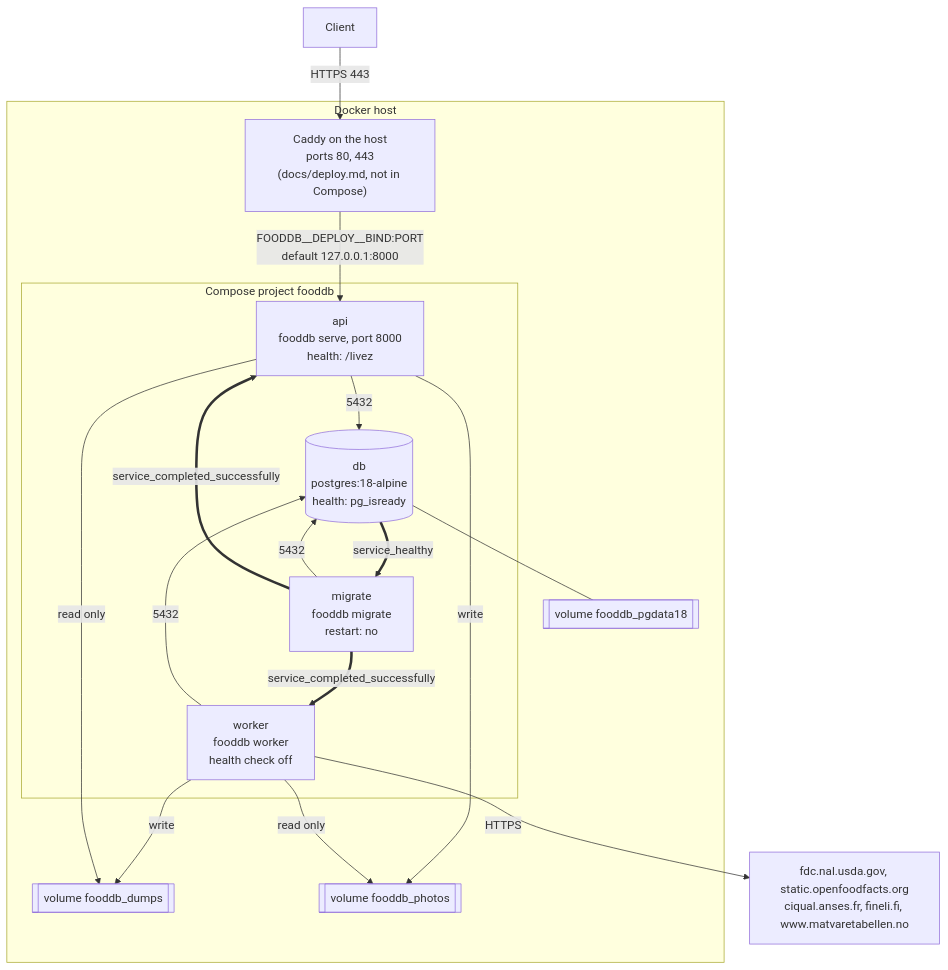
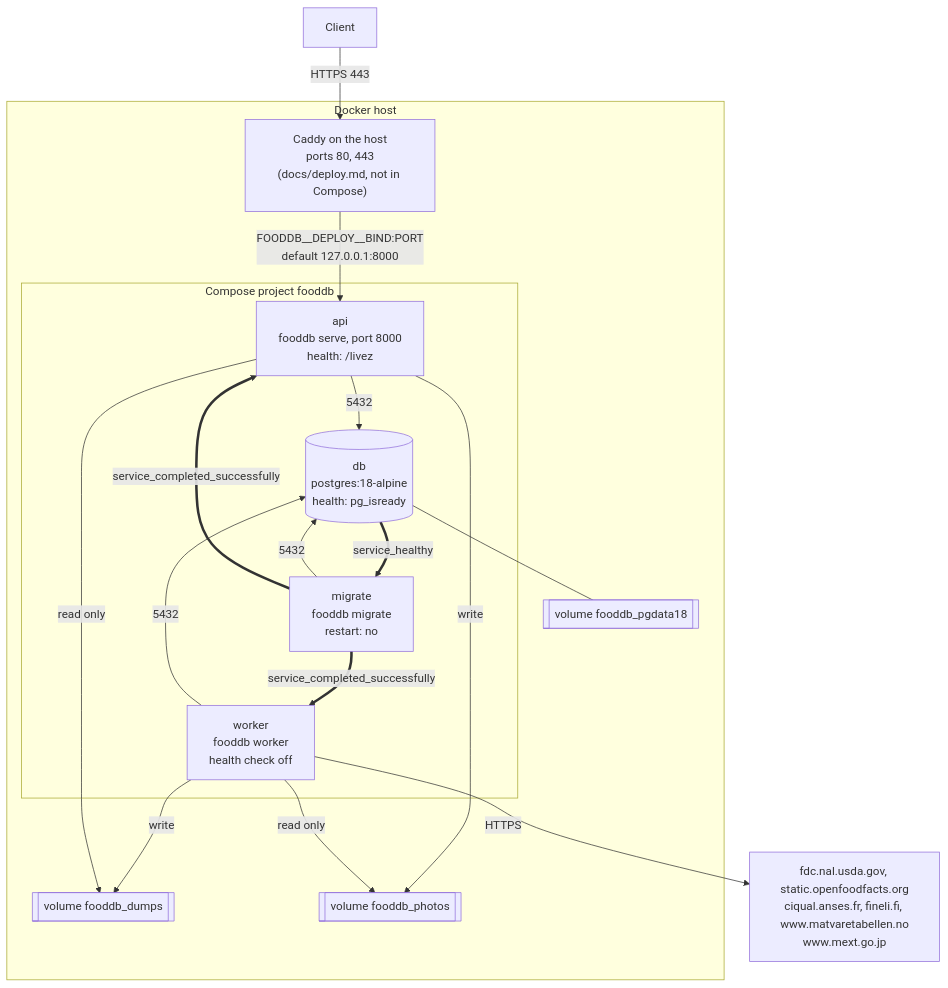
One commit to eait-fit/fooddb changed the second of 19 diagrams in docs/architecture.md. Above: the diagram before and after it, drawn with Mermaid. The commit also changed other lines of this file and 18 other files, not shown here.

````diff
--- a/docs/architecture.md
+++ b/docs/architecture.md
@@ -91,31 +92,31 @@
 ```mermaid
 flowchart TB
     client["Client"]
     subgraph host["Docker host"]
         caddy["Caddy on the host<br/>ports 80, 443<br/>(docs/deploy.md, not in Compose)"]
         subgraph stack["Compose project fooddb"]
             dbc[("db<br/>postgres:18-alpine<br/>health: pg_isready")]
             mig["migrate<br/>fooddb migrate<br/>restart: no"]
             apic["api<br/>fooddb serve, port 8000<br/>health: /livez"]
             wk["worker<br/>fooddb worker<br/>health check off"]
         end
         vol[["volume fooddb_pgdata18"]]
         dvol[["volume fooddb_dumps"]]
         pvol[["volume fooddb_photos"]]
     end
-    up["fdc.nal.usda.gov, static.openfoodfacts.org<br/>ciqual.anses.fr, fineli.fi, www.matvaretabellen.no"]
+    up["fdc.nal.usda.gov, static.openfoodfacts.org<br/>ciqual.anses.fr, fineli.fi, www.matvaretabellen.no<br/>www.mext.go.jp"]
     client -->|"HTTPS 443"| caddy
     caddy -->|"FOODDB__DEPLOY__BIND:PORT<br/>default 127.0.0.1:8000"| apic
     dbc --- vol
     wk -->|"write"| dvol
     apic -->|"read only"| dvol
     apic -->|"write"| pvol
     wk -->|"read only"| pvol
     mig -->|5432| dbc
     apic -->|5432| dbc
     wk -->|5432| dbc
     wk -->|HTTPS| up
     dbc ==>|service_healthy| mig
     mig ==>|service_completed_successfully| apic
     mig ==>|service_completed_successfully| wk
 ```
````
